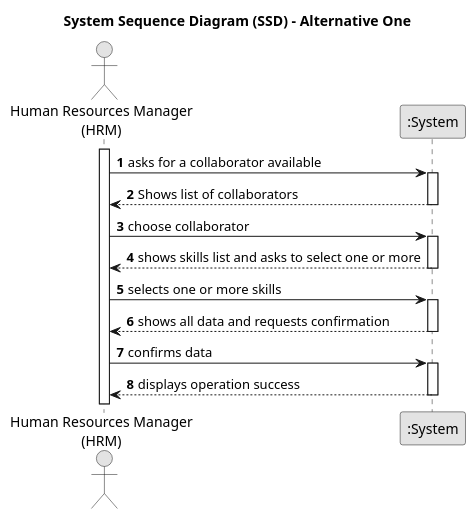
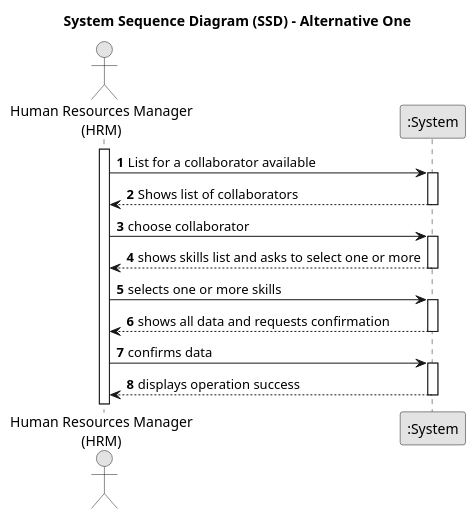
One commit to Mendoncaa/LAPR2 changed the diagram in docs/sprintB/us004/01.requirements-engineering/puml/us004-system-sequence-diagram.puml. Above: the diagram before and after it, drawn with PlantUML. The commit also changed 8 other files, not shown here.

```diff
--- a/docs/sprintB/us004/01.requirements-engineering/puml/us004-system-sequence-diagram.puml
+++ b/docs/sprintB/us004/01.requirements-engineering/puml/us004-system-sequence-diagram.puml
@@ -1,39 +1,39 @@
 @startuml
 skinparam monochrome true
 skinparam packageStyle rectangle
 skinparam shadowing false
 
 title System Sequence Diagram (SSD) - Alternative One
 
 autonumber
 
 actor "Human Resources Manager\n(HRM)" as Employee
 participant ":System" as System
 
 activate Employee
 
-    Employee -> System : asks for a collaborator available
+    Employee -> System : List for a collaborator available
     activate System
 
         System --> Employee : Shows list of collaborators
     deactivate System
 
     Employee -> System : choose collaborator
     activate System
 
         System --> Employee : shows skills list and asks to select one or more
     deactivate System
 
     Employee -> System : selects one or more skills
     activate System
 
         System --> Employee : shows all data and requests confirmation
     deactivate System
 
     Employee -> System : confirms data
     activate System
 
         System --> Employee : displays operation success
     deactivate System
 
 @enduml
```
